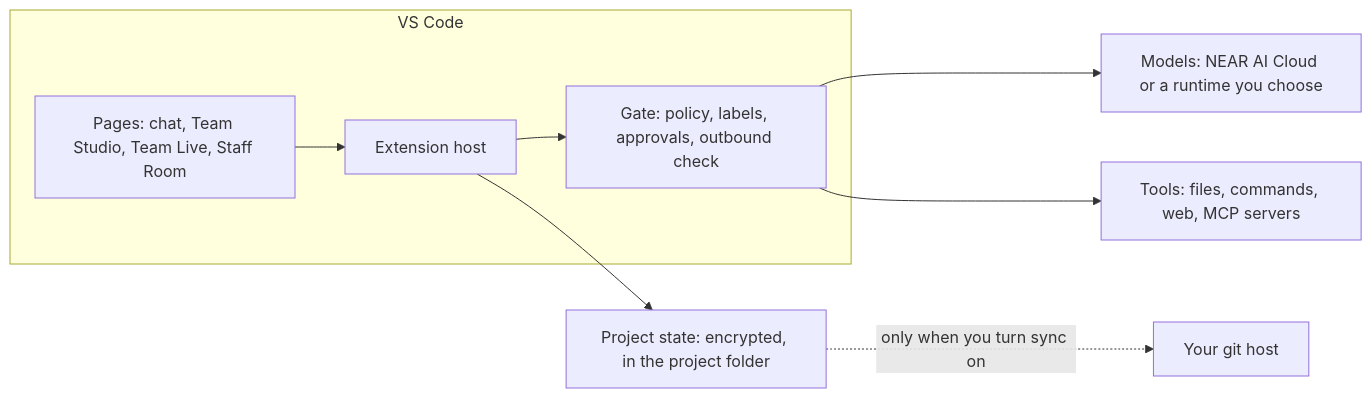
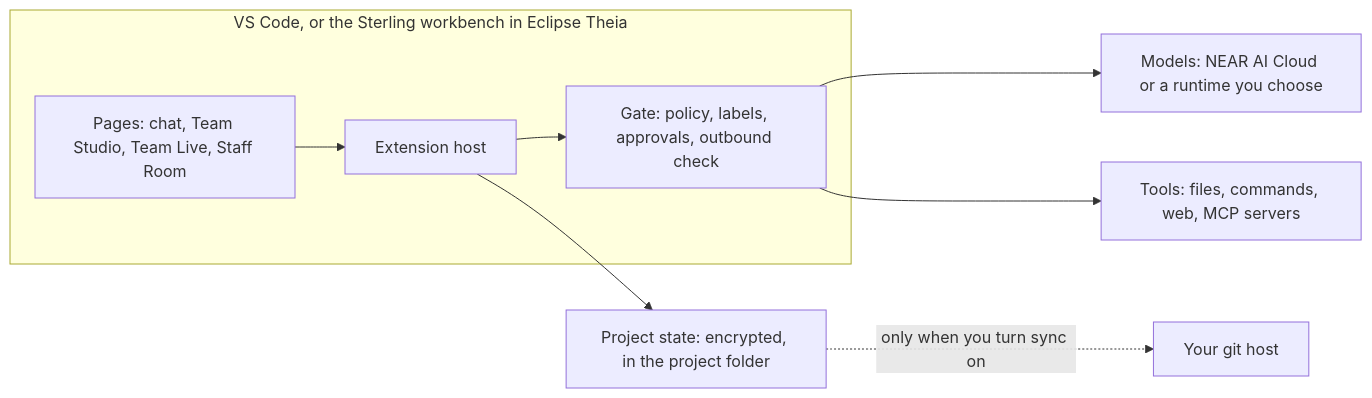
The first of 3 diagrams in docs-site/content/architecture/overview.md (VitalPointAI/near-ai-vscode), drawn with Mermaid before and after one commit. The commit also changed other lines of this file and 7 other files, not shown here.

````diff
--- a/docs-site/content/architecture/overview.md
+++ b/docs-site/content/architecture/overview.md
@@ -13,11 +13,11 @@
 ```mermaid
 flowchart LR
-  subgraph Editor["VS Code"]
+  subgraph Editor["VS Code, or the Sterling workbench in Eclipse Theia"]
     UI["Pages: chat, Team Studio, Team Live, Staff Room"] --> Host["Extension host"]
     Host --> Gate["Gate: policy, labels, approvals, outbound check"]
   end
   Gate --> Models["Models: NEAR AI Cloud or a runtime you choose"]
   Gate --> Tools["Tools: files, commands, web, MCP servers"]
   Host --> State["Project state: encrypted, in the project folder"]
   State -. "only when you turn sync on" .-> Remote["Your git host"]
 ```
````
